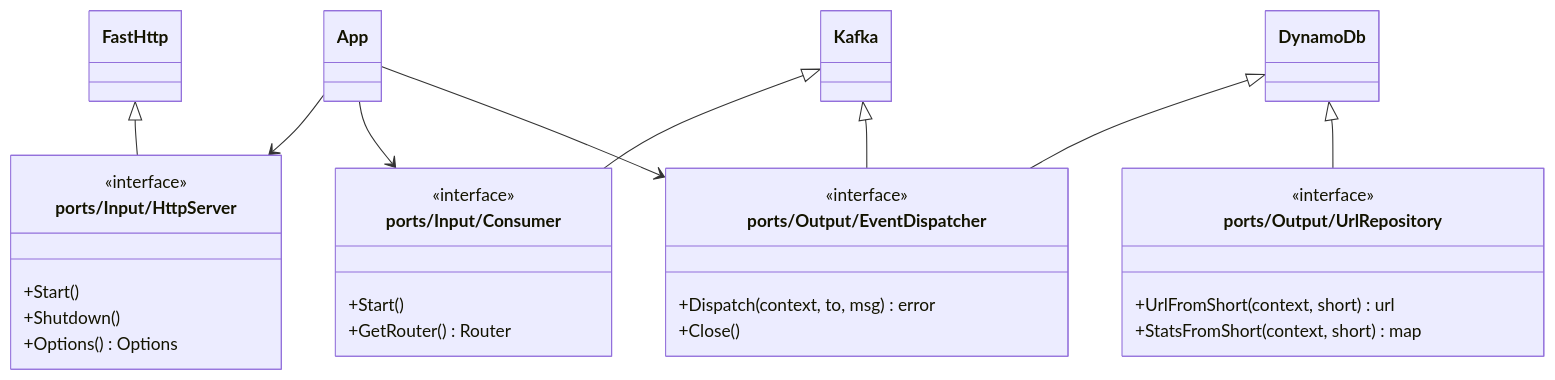
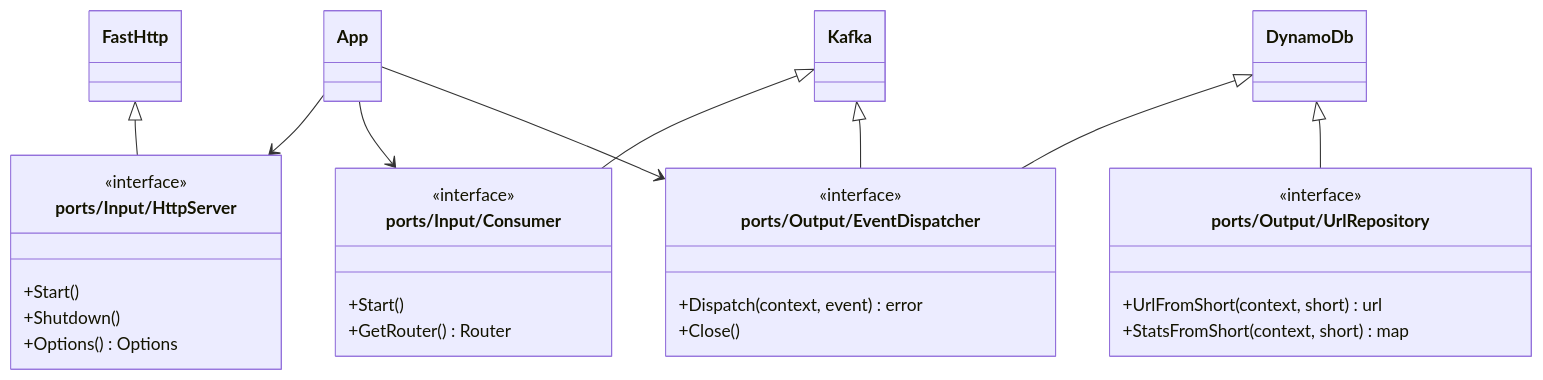
Before and after one commit to isaquesb/meli-url-shortener: the diagram in readme.md, drawn with Mermaid. The commit also changed other lines of this file and 21 other files, not shown here.

````diff
--- a/readme.md
+++ b/readme.md
@@ -32,48 +39,48 @@
 ```mermaid
 classDiagram
     class `ports/Input/HttpServer` {
         <<interface>>
         +Start()
         +Shutdown()
         +Options() Options
     }
 
     class `ports/Input/Consumer` {
         <<interface>>
         +Start()
         +GetRouter() Router
     }
 
     class `ports/Output/EventDispatcher` {
         <<interface>>
-        +Dispatch(context, to, msg) error
+        +Dispatch(context, event) error
         +Close()
     }
 
     class `ports/Output/UrlRepository` {
         <<interface>>
         +UrlFromShort(context, short) url
         +StatsFromShort(context, short) map
     }
 
     class App {
     }
     
     class FastHttp {
     }
     
     class Kafka {
     }
     
     class DynamoDb {
     }
 
     App --> `ports/Input/HttpServer`
     App --> `ports/Input/Consumer`
     App --> `ports/Output/EventDispatcher`
     FastHttp <|-- `ports/Input/HttpServer`
     Kafka <|-- `ports/Input/Consumer`
     Kafka <|-- `ports/Output/EventDispatcher`
     DynamoDb <|-- `ports/Output/EventDispatcher`
     DynamoDb <|-- `ports/Output/UrlRepository`
 ```
````
